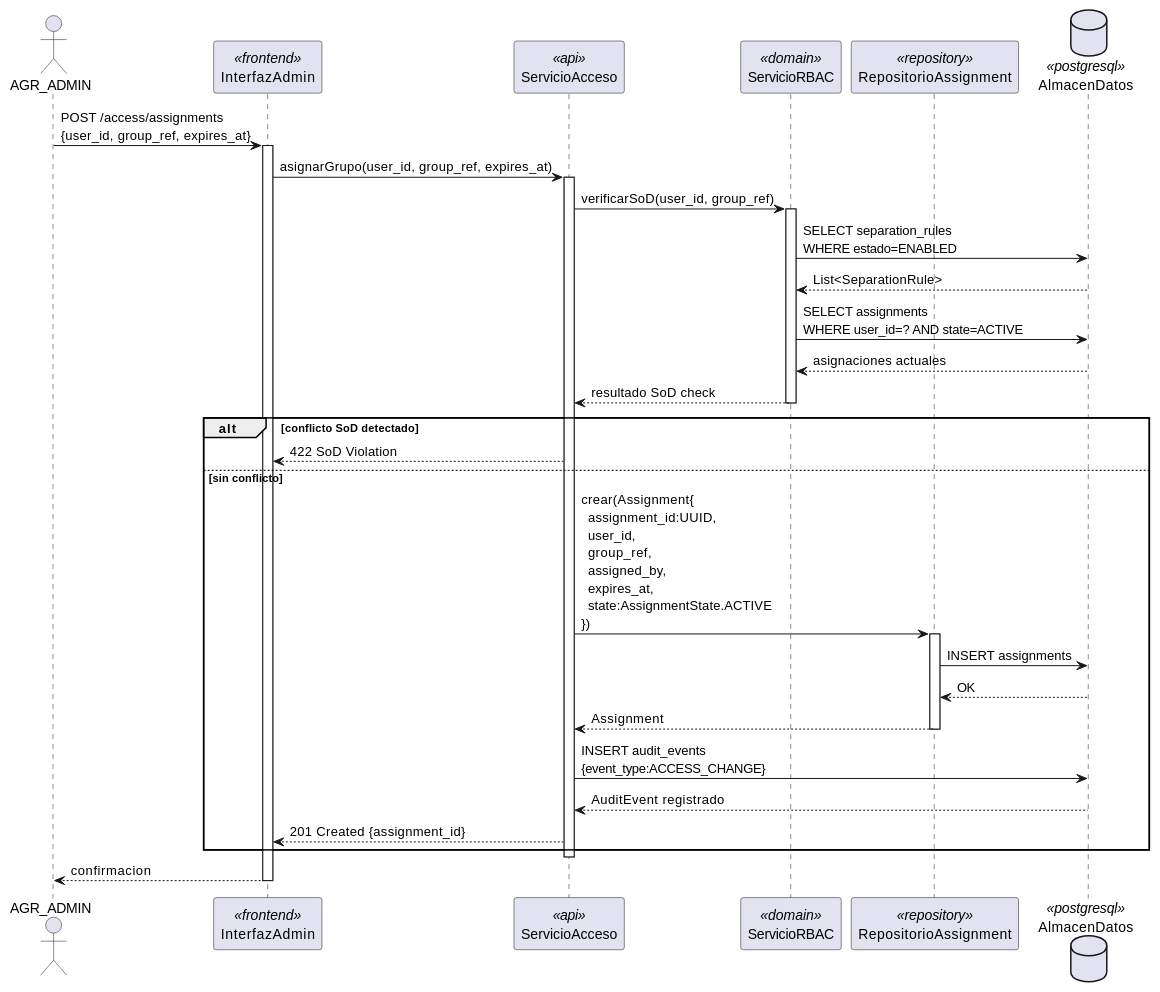
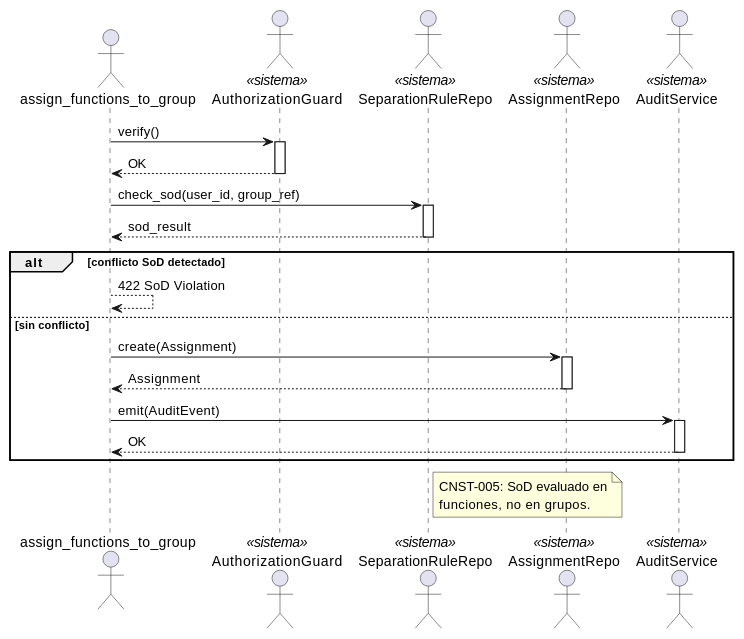
Before and after one commit to jcg-admin/IACT-docs: the diagram in source/arquitectura-tecnica/design-view/seq-access.rst, drawn with PlantUML. The commit also changed other lines of this file and 12 other files, not shown here.

First line of the commit message:
Harmonize 13 design-view sequence diagrams to canonical vocab

```diff
--- a/source/arquitectura-tecnica/design-view/seq-access.rst
+++ b/source/arquitectura-tecnica/design-view/seq-access.rst
@@ -23,49 +27,41 @@
 .. uml::
- :caption: Design View MOD_Access — asignacion con verificacion SoD.
+ :caption: MOD_Access — asignacion con verificacion SoD.
 
  @startuml
 
- actor AGR_ADMIN
+ actor "assign_functions_to_group" as assign_functions_to_group
+ actor "AuthorizationGuard" as AuthorizationGuard <<sistema>>
+ actor "SeparationRuleRepo" as SeparationRuleRepo <<sistema>>
+ actor "AssignmentRepo" as AssignmentRepo <<sistema>>
+ actor "AuditService" as AuditService <<sistema>>
 
- participant InterfazAdmin        <<frontend>>
- participant ServicioAcceso       <<api>>
- participant ServicioRBAC         <<domain>>
- participant RepositorioAssignment <<repository>>
- database    AlmacenDatos         <<postgresql>>
+ assign_functions_to_group -> AuthorizationGuard : verify()
+ activate AuthorizationGuard
+ AuthorizationGuard --> assign_functions_to_group : OK
+ deactivate AuthorizationGuard
 
- AGR_ADMIN -> InterfazAdmin : POST /access/assignments\n{user_id, group_ref, expires_at}
- activate InterfazAdmin
-
- InterfazAdmin -> ServicioAcceso : asignarGrupo(user_id, group_ref, expires_at)
- activate ServicioAcceso
-
- ServicioAcceso -> ServicioRBAC : verificarSoD(user_id, group_ref)
- activate ServicioRBAC
- ServicioRBAC -> AlmacenDatos : SELECT separation_rules\nWHERE estado=ENABLED
- AlmacenDatos --> ServicioRBAC : List<SeparationRule>
- ServicioRBAC -> AlmacenDatos : SELECT assignments\nWHERE user_id=? AND state=ACTIVE
- AlmacenDatos --> ServicioRBAC : asignaciones actuales
- ServicioRBAC --> ServicioAcceso : resultado SoD check
- deactivate ServicioRBAC
+ assign_functions_to_group -> SeparationRuleRepo : check_sod(user_id, group_ref)
+ activate SeparationRuleRepo
+ SeparationRuleRepo --> assign_functions_to_group : sod_result
+ deactivate SeparationRuleRepo
 
  alt conflicto SoD detectado
-   ServicioAcceso --> InterfazAdmin : 422 SoD Violation
+   assign_functions_to_group --> assign_functions_to_group : 422 SoD Violation
  else sin conflicto
-   ServicioAcceso -> RepositorioAssignment : crear(Assignment{\n  assignment_id:UUID,\n  user_id,\n  group_ref,\n  assigned_by,\n  expires_at,\n  state:AssignmentState.ACTIVE\n})
-   activate RepositorioAssignment
-   RepositorioAssignment -> AlmacenDatos : INSERT assignments
-   AlmacenDatos --> RepositorioAssignment : OK
-   RepositorioAssignment --> ServicioAcceso : Assignment
-   deactivate RepositorioAssignment
+   assign_functions_to_group -> AssignmentRepo : create(Assignment)
+   activate AssignmentRepo
+   AssignmentRepo --> assign_functions_to_group : Assignment
+   deactivate AssignmentRepo
 
-   ServicioAcceso -> AlmacenDatos : INSERT audit_events\n{event_type:ACCESS_CHANGE}
-   AlmacenDatos --> ServicioAcceso : AuditEvent registrado
-
-   ServicioAcceso --> InterfazAdmin : 201 Created {assignment_id}
+   assign_functions_to_group -> AuditService : emit(AuditEvent)
+   activate AuditService
+   AuditService --> assign_functions_to_group : OK
+   deactivate AuditService
  end
 
- deactivate ServicioAcceso
- InterfazAdmin --> AGR_ADMIN : confirmacion
- deactivate InterfazAdmin
+ note right of SeparationRuleRepo
+   CNST-005: SoD evaluado en
+   funciones, no en grupos.
+ end note
 
  @enduml
```
